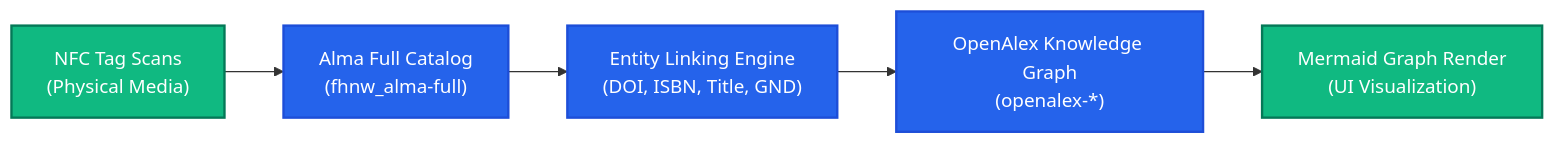
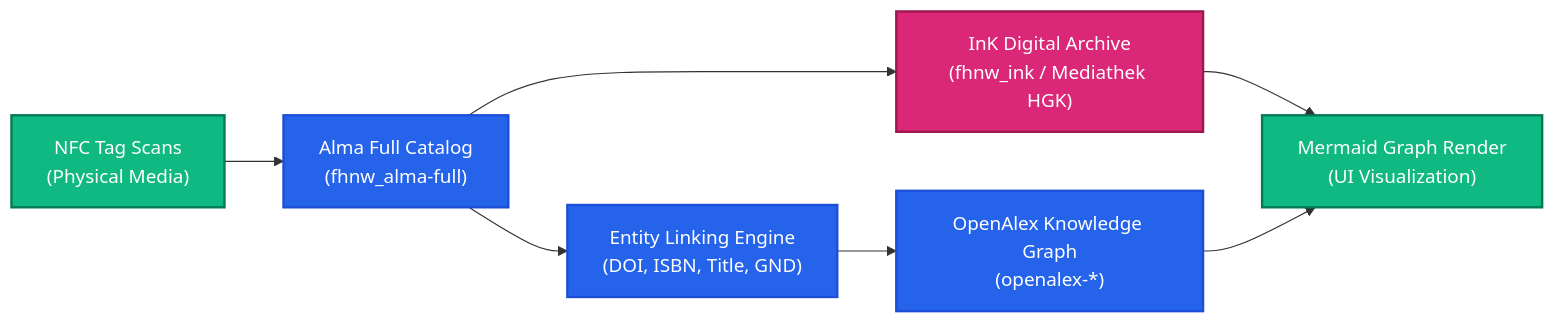
Before and after one commit to je4/Library-RFID-Dataspace: the diagram in docs/README.md, drawn with Mermaid. The commit also changed other lines of this file and 24 other files, not shown here.

Commit message:
Add InK repository links to Dataspace knowledge graph

````diff
--- a/docs/README.md
+++ b/docs/README.md
@@ -5,12 +5,16 @@
 ```mermaid
 flowchart LR
     A["NFC Tag Scans<br/>(Physical Media)"] --> B["Alma Full Catalog<br/>(fhnw_alma-full)"]
     B --> C["Entity Linking Engine<br/>(DOI, ISBN, Title, GND)"]
-    C --> D["OpenAlex Knowledge Graph<br/>(openalex-*)"]
-    D --> E["Mermaid Graph Render<br/>(UI Visualization)"]
+    B --> D["InK Digital Archive<br/>(fhnw_ink / Mediathek HGK)"]
+    C --> E["OpenAlex Knowledge Graph<br/>(openalex-*)"]
+    D --> F["Mermaid Graph Render<br/>(UI Visualization)"]
+    E --> F
 
     classDef step fill:#2563eb,stroke:#1d4ed8,stroke-width:2px,color:#ffffff;
+    classDef inkStep fill:#db2777,stroke:#9d174d,stroke-width:2px,color:#ffffff;
     classDef term fill:#10b981,stroke:#047857,stroke-width:2px,color:#ffffff;
-    class A,E term;
-    class B,C,D step;
+    class A,F term;
+    class B,C,E step;
+    class D inkStep;
 ```
````
